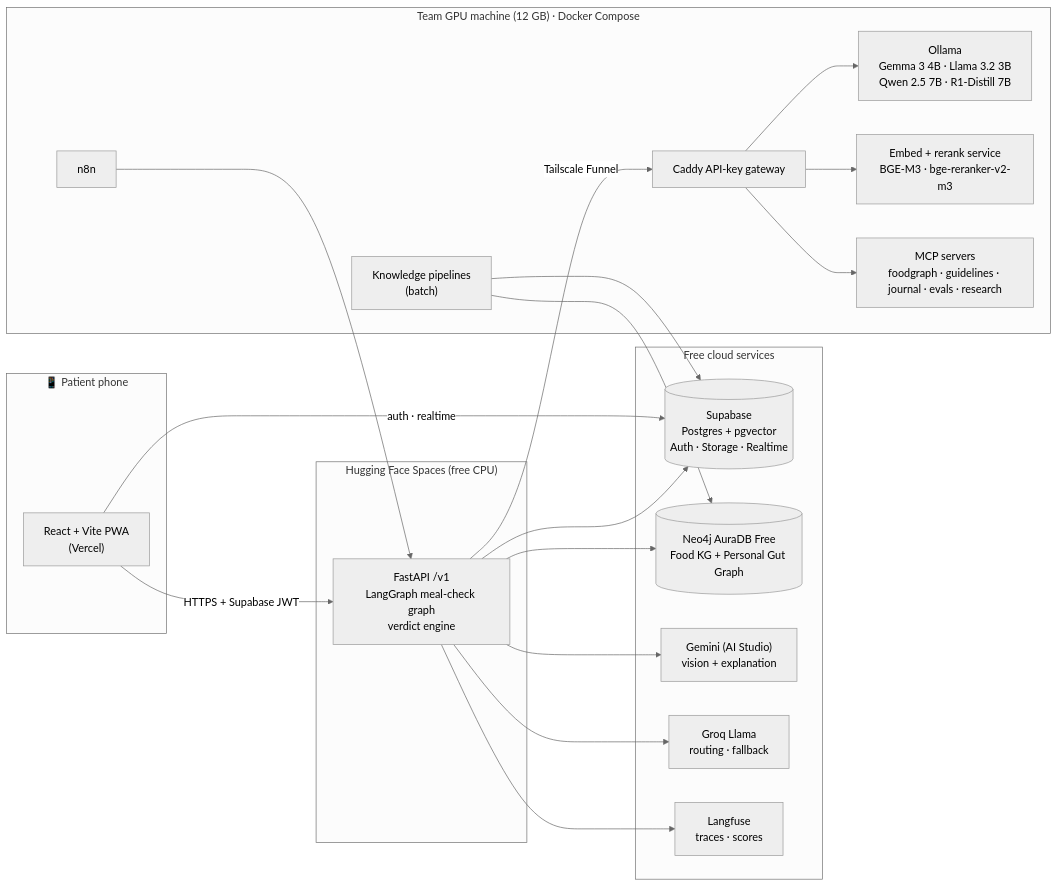
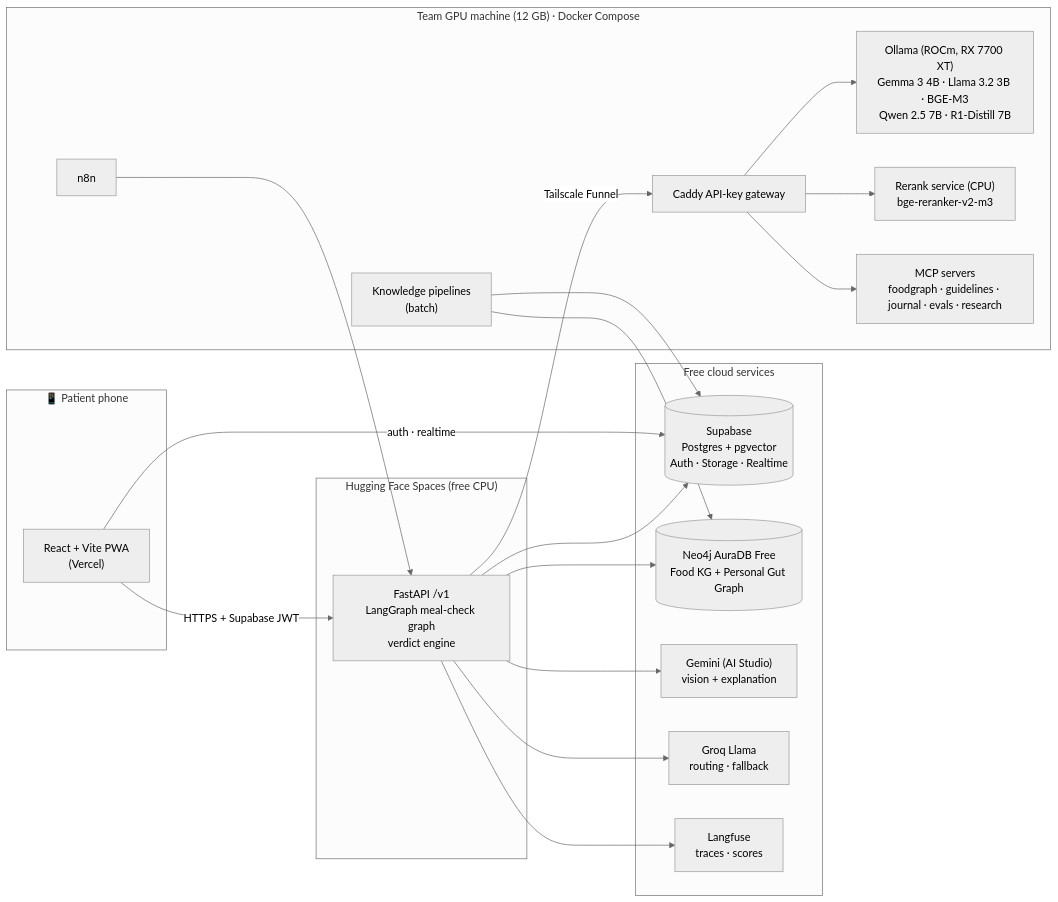
The first of 2 diagrams in docs/02-architecture.md (RyanAhmed911/HappyGut), drawn with Mermaid (neutral theme) before and after one commit. The commit also changed other lines of this file and 7 other files, not shown here.

First line of the commit message:
GPU machine is an AMD RX 7700 XT on Ubuntu: ROCm Ollama, embeddings via Ollama

````diff
--- a/docs/02-architecture.md
+++ b/docs/02-architecture.md
@@ -7,38 +7,38 @@
 ```mermaid
 flowchart LR
     subgraph Phone["📱 Patient phone"]
         PWA["React + Vite PWA<br/>(Vercel)"]
     end
     subgraph HF["Hugging Face Spaces (free CPU)"]
         API["FastAPI /v1<br/>LangGraph meal-check graph<br/>verdict engine"]
     end
     subgraph Cloud["Free cloud services"]
         SB[("Supabase<br/>Postgres + pgvector<br/>Auth · Storage · Realtime")]
         NEO[("Neo4j AuraDB Free<br/>Food KG + Personal Gut Graph")]
         GEM["Gemini (AI Studio)<br/>vision + explanation"]
         GROQ["Groq Llama<br/>routing · fallback"]
         LF["Langfuse<br/>traces · scores"]
     end
     subgraph GPU["Team GPU machine (12 GB) · Docker Compose"]
         GW["Caddy API-key gateway"]
-        OLL["Ollama<br/>Gemma 3 4B · Llama 3.2 3B<br/>Qwen 2.5 7B · R1-Distill 7B"]
-        EMB["Embed + rerank service<br/>BGE-M3 · bge-reranker-v2-m3"]
+        OLL["Ollama (ROCm, RX 7700 XT)<br/>Gemma 3 4B · Llama 3.2 3B · BGE-M3<br/>Qwen 2.5 7B · R1-Distill 7B"]
+        EMB["Rerank service (CPU)<br/>bge-reranker-v2-m3"]
         MCP["MCP servers<br/>foodgraph · guidelines · journal · evals · research"]
         N8N["n8n"]
         PIPE["Knowledge pipelines<br/>(batch)"]
     end
     PWA -- HTTPS + Supabase JWT --> API
     PWA -- auth · realtime --> SB
     API --> SB
     API --> NEO
     API --> GEM
     API --> GROQ
     API -- "Tailscale Funnel" --> GW
     GW --> OLL
     GW --> EMB
     GW --> MCP
     API --> LF
     N8N --> API
     PIPE --> SB
     PIPE --> NEO
 ```
````
